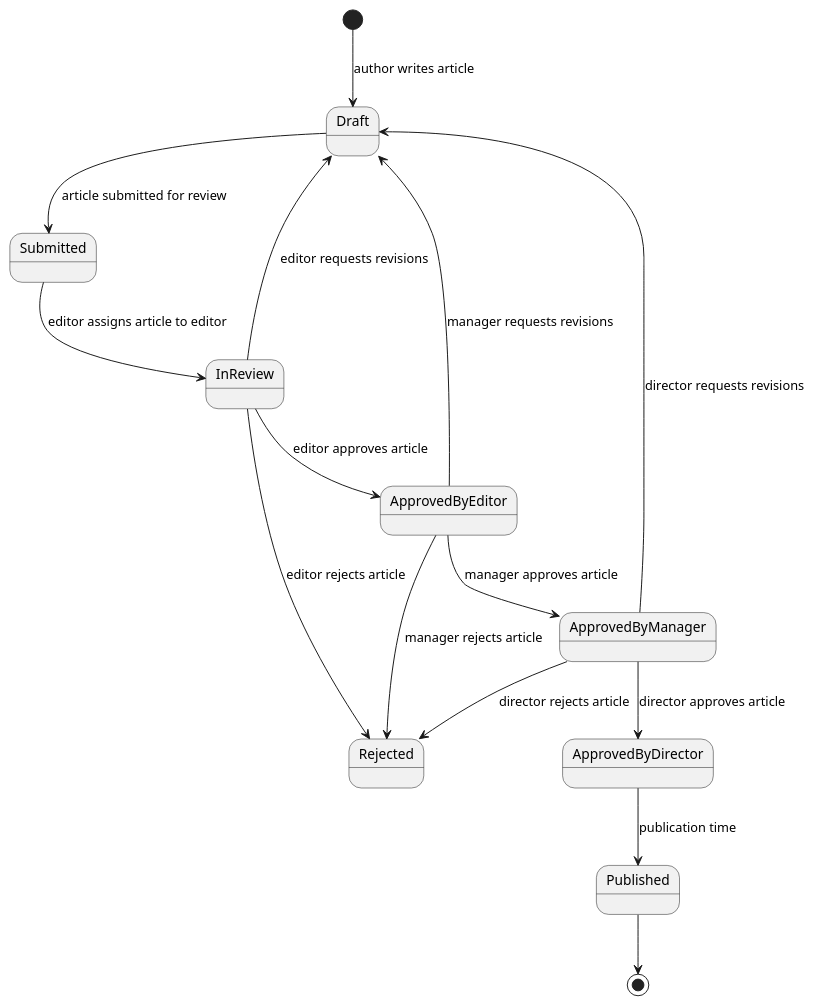
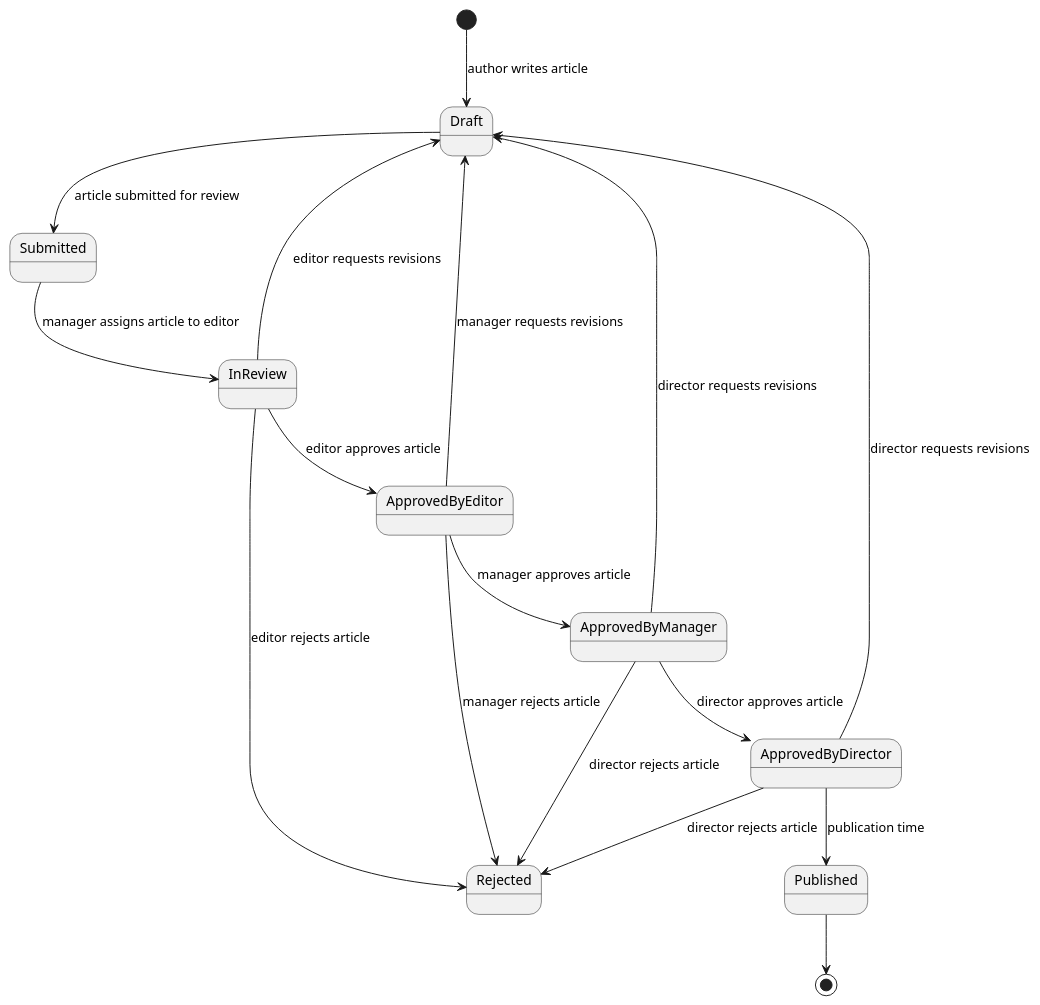
Before and after one commit to bednarikvilem/publishing-house: the diagram in docs/state_diagram_articles.puml, drawn with PlantUML. The commit also changed 2 other files, not shown here.

```diff
--- a/docs/state_diagram_articles.puml
+++ b/docs/state_diagram_articles.puml
@@ -1,18 +1,20 @@
 @startuml
 
 [*] --> Draft : author writes article
 Draft --> Submitted : article submitted for review
-Submitted --> InReview : editor assigns article to editor
+Submitted --> InReview : manager assigns article to editor
 InReview --> ApprovedByEditor : editor approves article
 InReview --> Rejected : editor rejects article
 InReview --> Draft : editor requests revisions
 ApprovedByEditor --> ApprovedByManager : manager approves article
 ApprovedByEditor --> Rejected : manager rejects article
 ApprovedByEditor --> Draft : manager requests revisions
 ApprovedByManager --> ApprovedByDirector : director approves article
 ApprovedByManager --> Rejected : director rejects article
 ApprovedByManager --> Draft : director requests revisions
 ApprovedByDirector --> Published : publication time
+ApprovedByDirector --> Rejected : director rejects article
+ApprovedByDirector --> Draft : director requests revisions
 Published --> [*]
 
 @enduml
```
